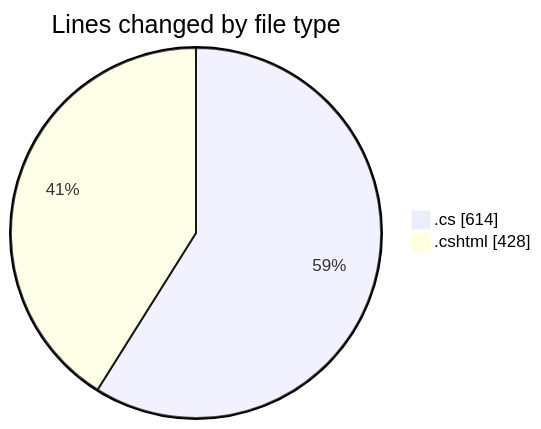
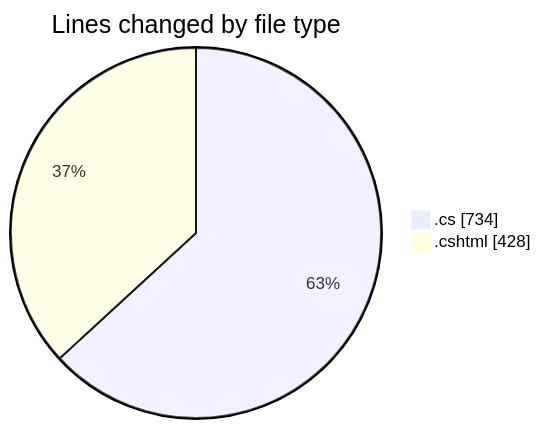
The first of 2 diagrams in 2025-07-22/nhahang/README.md (lephambinh05/code-tracking), drawn with Mermaid before and after one commit. The commit also changed other lines of this file and 1 other file, not shown here.

````diff
--- a/2025-07-22/nhahang/README.md
+++ b/2025-07-22/nhahang/README.md
@@ -42,6 +44,6 @@
 ```mermaid
 pie showData
 title Lines changed by file type
-".cs" : 614
+".cs" : 734
 ".cshtml" : 428
 ```
````
